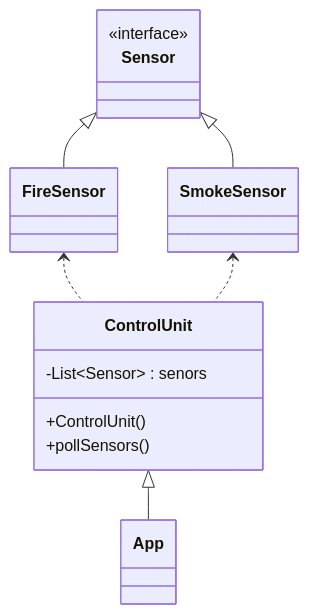
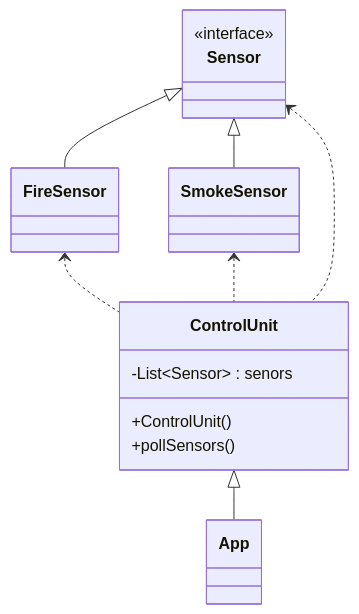
Before and after one commit to nerdschoolbergen/solid: the first of 2 diagrams in exercise-2/README.md, drawn with Mermaid.

Commit message:
ex2 - diagram tweak

````diff
--- a/exercise-2/README.md
+++ b/exercise-2/README.md
@@ -12,19 +12,20 @@
 ```mermaid
 classDiagram
     Sensor <|-- FireSensor
     Sensor <|-- SmokeSensor
     FireSensor <.. ControlUnit
     SmokeSensor <.. ControlUnit
+    Sensor <.. ControlUnit
     ControlUnit <|-- App
     
     class Sensor
     <<interface>> Sensor
     class FireSensor
     class SmokeSensor
     class ControlUnit{
       -List~Sensor~ : senors
       +ControlUnit()
       +pollSensors()
     }
     class App
 ```
````
